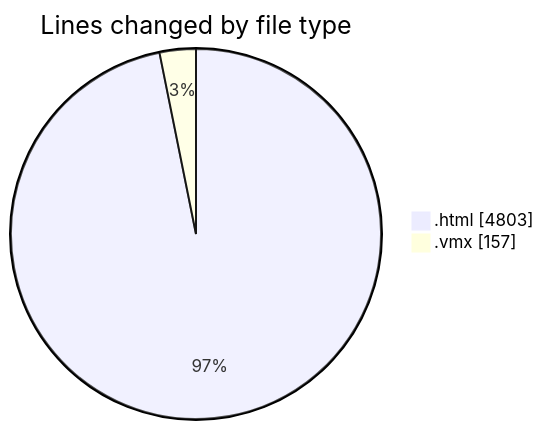
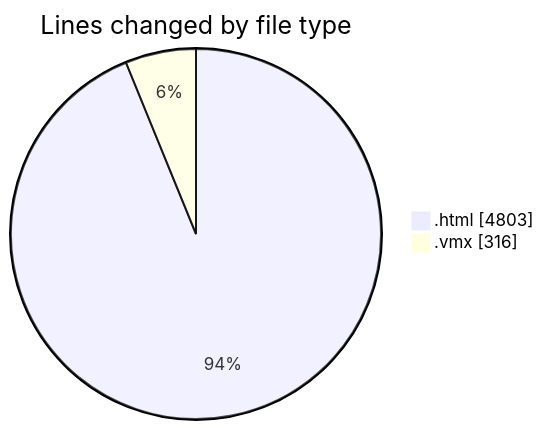
One commit to shibass792/code-tracking changed the first of 2 diagrams in 2026-07-13/untitled__workspace_/README.md. Above: the diagram before and after it, drawn with Mermaid. The commit also changed other lines of this file and 1 other file, not shown here.

````diff
--- a/2026-07-13/untitled__workspace_/README.md
+++ b/2026-07-13/untitled__workspace_/README.md
@@ -21,6 +22,6 @@
 ```mermaid
 pie showData
 title Lines changed by file type
 ".html" : 4803
-".vmx" : 157
+".vmx" : 316
 ```
````
